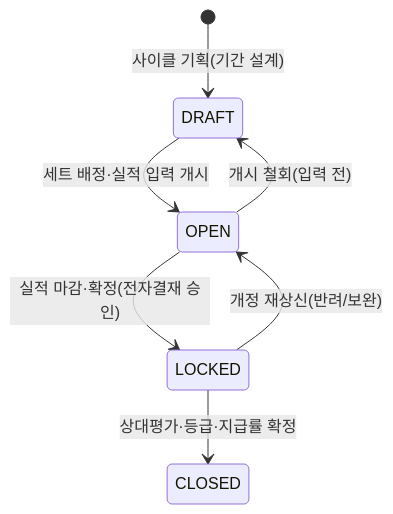
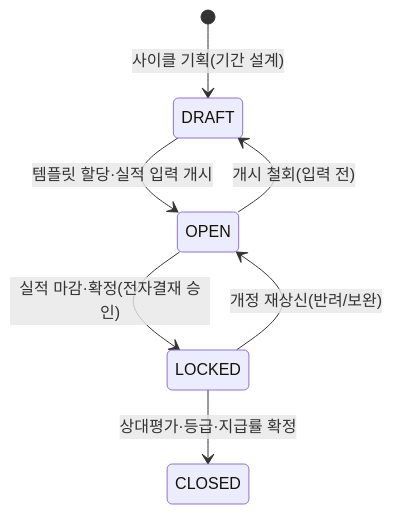
One commit to ynarcher-dev/ynarcher_works changed the diagram in docs/docs_planning/3_7_1_management_performance_kpi.md. Above: the diagram before and after it, drawn with Mermaid. The commit also changed other lines of this file and 2 other files, not shown here.

First line of the commit message:
docs(management): KPI 템플릿·할당 모델 확정(3_7_1)

````diff
--- a/docs/docs_planning/3_7_1_management_performance_kpi.md
+++ b/docs/docs_planning/3_7_1_management_performance_kpi.md
@@ -270,9 +283,9 @@
 ```mermaid
 stateDiagram-v2
     [*] --> DRAFT : 사이클 기획(기간 설계)
-    DRAFT --> OPEN : 세트 배정·실적 입력 개시
+    DRAFT --> OPEN : 템플릿 할당·실적 입력 개시
     OPEN --> LOCKED : 실적 마감·확정(전자결재 승인)
     LOCKED --> CLOSED : 상대평가·등급·지급률 확정
     OPEN --> DRAFT : 개시 철회(입력 전)
     LOCKED --> OPEN : 개정 재상신(반려/보완)
 ```
````
